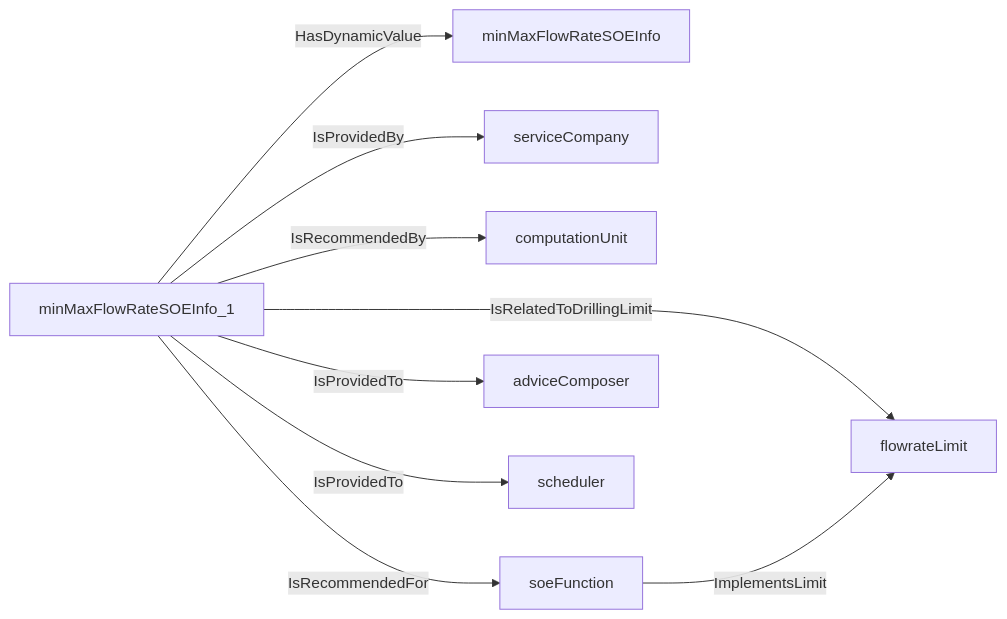
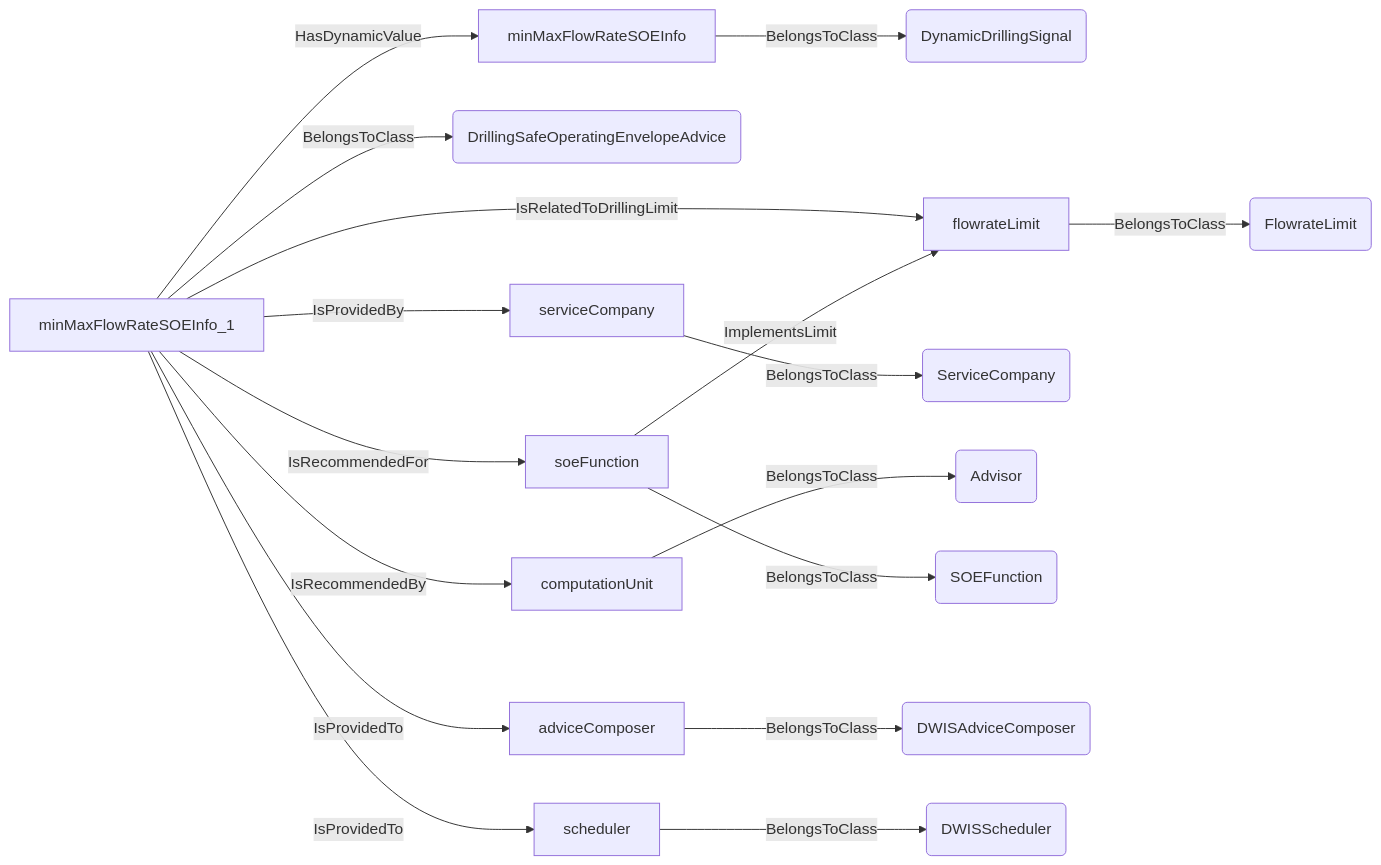
One commit to D-WIS/DDHub-Semantic-Interoperability changed the fourth of 11 diagrams in docs/vocabulary_development/auto-generated/md/definition-files/DrillingLimit.md. Above: the diagram before and after it, drawn with Mermaid. The commit also changed other lines of this file and 14 other files, not shown here.

````diff
--- a/docs/vocabulary_development/auto-generated/md/definition-files/DrillingLimit.md
+++ b/docs/vocabulary_development/auto-generated/md/definition-files/DrillingLimit.md
@@ -158,11 +190,19 @@
 ```mermaid
 graph LR
-	N0000[minMaxFlowRateSOEInfo_1] -->|HasDynamicValue| N0001[minMaxFlowRateSOEInfo] 
-	N0000[minMaxFlowRateSOEInfo_1] -->|IsRelatedToDrillingLimit| N0002[flowrateLimit] 
-	N0000[minMaxFlowRateSOEInfo_1] -->|IsProvidedBy| N0003[serviceCompany] 
-	N0000[minMaxFlowRateSOEInfo_1] -->|IsRecommendedBy| N0004[computationUnit] 
-	N0005[soeFunction] -->|ImplementsLimit| N0002[flowrateLimit] 
-	N0000[minMaxFlowRateSOEInfo_1] -->|IsRecommendedFor| N0005[soeFunction] 
-	N0000[minMaxFlowRateSOEInfo_1] -->|IsProvidedTo| N0006[adviceComposer] 
-	N0000[minMaxFlowRateSOEInfo_1] -->|IsProvidedTo| N0007[scheduler] 
+	N0000[minMaxFlowRateSOEInfo] -->|BelongsToClass| N0001(DynamicDrillingSignal) 
+	N0002[minMaxFlowRateSOEInfo_1] -->|BelongsToClass| N0003(DrillingSafeOperatingEnvelopeAdvice) 
+	N0002[minMaxFlowRateSOEInfo_1] -->|HasDynamicValue| N0000[minMaxFlowRateSOEInfo] 
+	N0004[flowrateLimit] -->|BelongsToClass| N0005(FlowrateLimit) 
+	N0002[minMaxFlowRateSOEInfo_1] -->|IsRelatedToDrillingLimit| N0004[flowrateLimit] 
+	N0006[serviceCompany] -->|BelongsToClass| N0007(ServiceCompany) 
+	N0002[minMaxFlowRateSOEInfo_1] -->|IsProvidedBy| N0006[serviceCompany] 
+	N0008[computationUnit] -->|BelongsToClass| N0009(Advisor) 
+	N0002[minMaxFlowRateSOEInfo_1] -->|IsRecommendedBy| N0008[computationUnit] 
+	N0010[soeFunction] -->|BelongsToClass| N0011(SOEFunction) 
+	N0010[soeFunction] -->|ImplementsLimit| N0004[flowrateLimit] 
+	N0002[minMaxFlowRateSOEInfo_1] -->|IsRecommendedFor| N0010[soeFunction] 
+	N0012[adviceComposer] -->|BelongsToClass| N0013(DWISAdviceComposer) 
+	N0002[minMaxFlowRateSOEInfo_1] -->|IsProvidedTo| N0012[adviceComposer] 
+	N0014[scheduler] -->|BelongsToClass| N0015(DWISScheduler) 
+	N0002[minMaxFlowRateSOEInfo_1] -->|IsProvidedTo| N0014[scheduler] 
 ```
````
